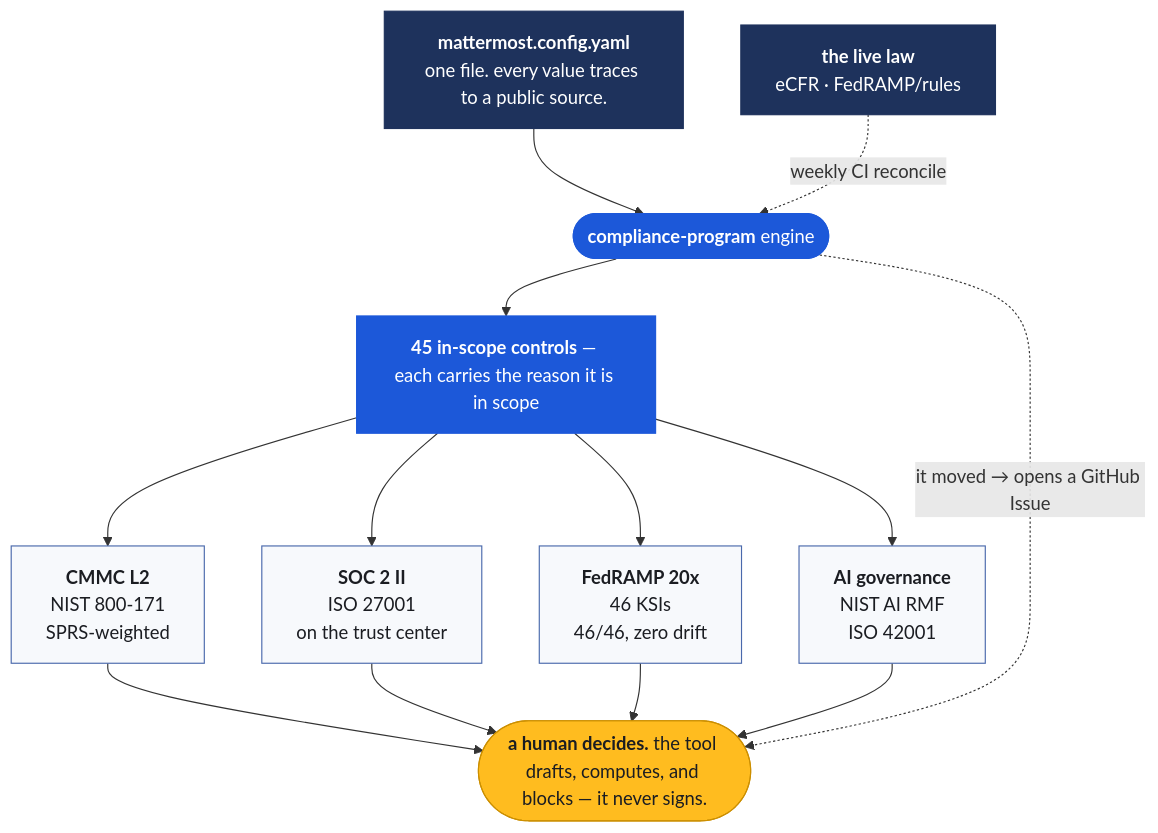
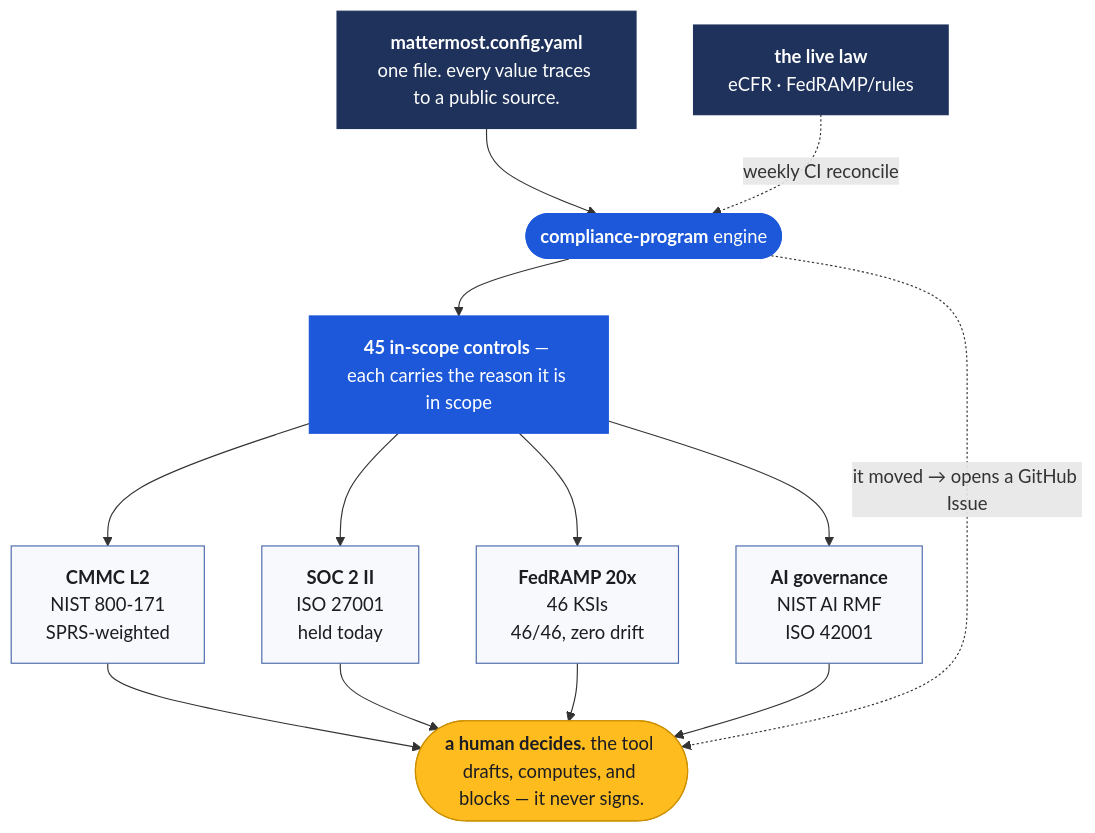
Before and after one commit to tiffanidickerson437-lang/mattermost-grc-manager-program: the diagram in README.md, drawn with Mermaid. The commit also changed other lines of this file and 89 other files, not shown here.

````diff
--- a/README.md
+++ b/README.md
@@ -25,30 +25,30 @@
 ```mermaid
 flowchart TD
   CFG["<b>mattermost.config.yaml</b><br/>one file. every value traces to a public source."]
   ENG(["<b>compliance-program</b> engine"])
   CTL["<b>45 in-scope controls</b> — each carries the reason it is in scope"]
 
   CFG --> ENG --> CTL
 
   CTL --> F1["<b>CMMC L2</b><br/>NIST 800-171<br/>SPRS-weighted"]
-  CTL --> F2["<b>SOC 2 II</b><br/>ISO 27001<br/>on the trust center"]
+  CTL --> F2["<b>SOC 2 II</b><br/>ISO 27001<br/>held today"]
   CTL --> F3["<b>FedRAMP 20x</b><br/>46 KSIs<br/>46/46, zero drift"]
   CTL --> F4["<b>AI governance</b><br/>NIST AI RMF<br/>ISO 42001"]
 
   F1 --> HUM(["<b>a human decides.</b> the tool drafts, computes, and blocks — it never signs."])
   F2 --> HUM
   F3 --> HUM
   F4 --> HUM
 
   LAW["<b>the live law</b><br/>eCFR · FedRAMP/rules"] -. "weekly CI reconcile" .-> ENG
   ENG -. "it moved → opens a GitHub Issue" .-> HUM
 
   classDef src fill:#1e325c,stroke:#1e325c,color:#ffffff
   classDef eng fill:#1c58d9,stroke:#1c58d9,color:#ffffff
   classDef out fill:#f7f9fc,stroke:#4a69ac,color:#1b1d22
   classDef hum fill:#ffbc1f,stroke:#cc8f00,color:#1b1d22
   class CFG,LAW src
   class ENG,CTL eng
   class F1,F2,F3,F4 out
   class HUM hum
 ```
````
